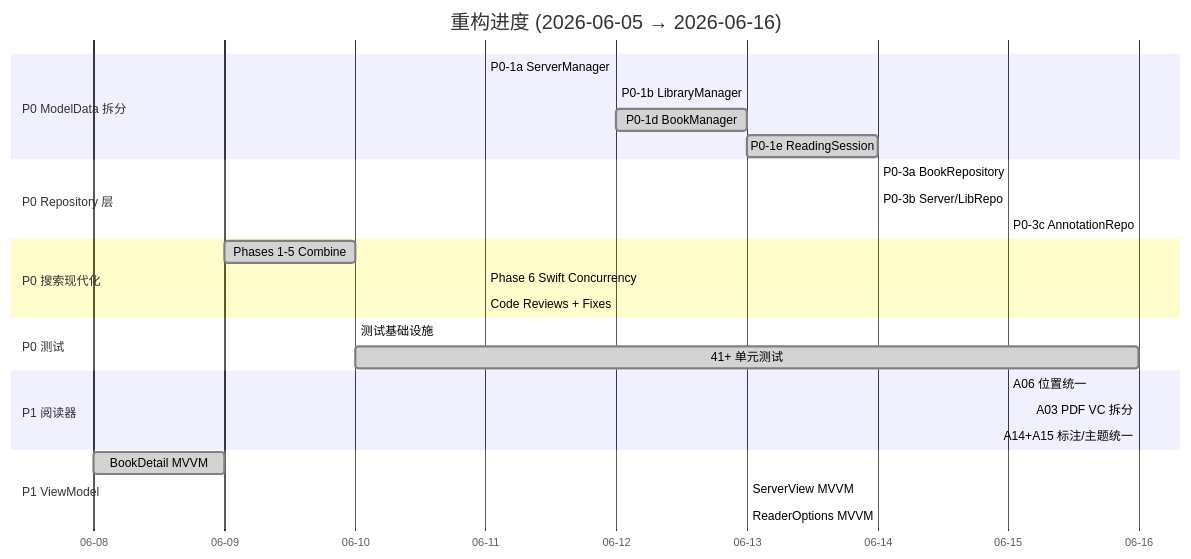
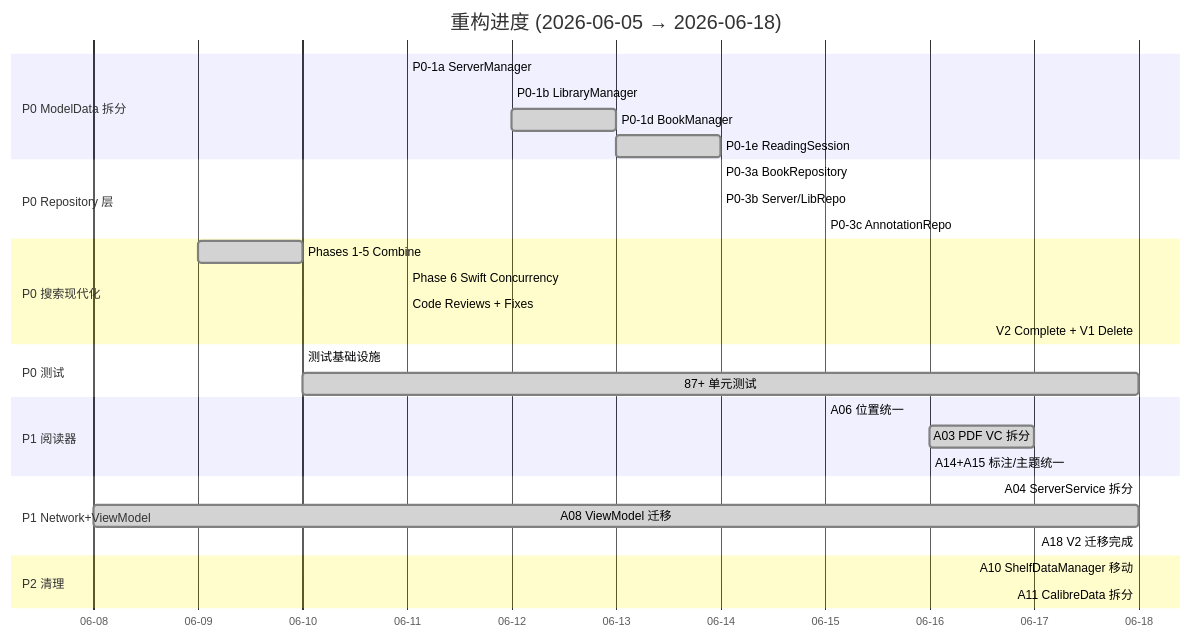
Before and after one commit to drearycold/YetAnotherEBookReader: the second of 3 diagrams in .agents/plans/REFACTOR_PLAN.claude.progress.md, drawn with Mermaid. The commit also changed other lines of this file and 6 other files, not shown here.

````diff
--- a/.agents/plans/REFACTOR_PLAN.claude.progress.md
+++ b/.agents/plans/REFACTOR_PLAN.claude.progress.md
@@ -158,36 +193,41 @@
 ```mermaid
 gantt
-    title 重构进度 (2026-06-05 → 2026-06-16)
+    title 重构进度 (2026-06-05 → 2026-06-18)
     dateFormat  YYYY-MM-DD
     axisFormat  %m-%d
 
     section P0 ModelData 拆分
     P0-1a ServerManager       :done, 2026-06-11, 2026-06-11
     P0-1b LibraryManager      :done, 2026-06-12, 2026-06-12
     P0-1d BookManager         :done, 2026-06-12, 2026-06-13
     P0-1e ReadingSession      :done, 2026-06-13, 2026-06-14
 
     section P0 Repository 层
     P0-3a BookRepository      :done, 2026-06-14, 2026-06-14
     P0-3b Server/LibRepo      :done, 2026-06-14, 2026-06-14
     P0-3c AnnotationRepo      :done, 2026-06-15, 2026-06-15
 
     section P0 搜索现代化
     Phases 1-5 Combine         :done, 2026-06-09, 2026-06-10
     Phase 6 Swift Concurrency  :done, 2026-06-11, 2026-06-11
     Code Reviews + Fixes       :done, 2026-06-11, 2026-06-11
+    V2 Complete + V1 Delete    :done, 2026-06-18, 2026-06-18
 
     section P0 测试
     测试基础设施              :done, 2026-06-10, 2026-06-10
-    41+ 单元测试               :done, 2026-06-10, 2026-06-16
+    87+ 单元测试               :done, 2026-06-10, 2026-06-18
 
     section P1 阅读器
     A06 位置统一              :done, 2026-06-15, 2026-06-15
-    A03 PDF VC 拆分           :done, 2026-06-16, 2026-06-16
+    A03 PDF VC 拆分           :done, 2026-06-16, 2026-06-17
     A14+A15 标注/主题统一      :done, 2026-06-16, 2026-06-16
 
-    section P1 ViewModel
-    BookDetail MVVM           :done, 2026-06-08, 2026-06-09
-    ServerView MVVM           :done, 2026-06-13, 2026-06-13
-    ReaderOptions MVVM        :done, 2026-06-13, 2026-06-13
+    section P1 Network+ViewModel
+    A04 ServerService 拆分     :done, 2026-06-18, 2026-06-18
+    A08 ViewModel 迁移         :done, 2026-06-08, 2026-06-18
+    A18 V2 迁移完成            :done, 2026-06-18, 2026-06-18
+
+    section P2 清理
+    A10 ShelfDataManager 移动  :done, 2026-06-18, 2026-06-18
+    A11 CalibreData 拆分       :done, 2026-06-18, 2026-06-18
 ```
````
